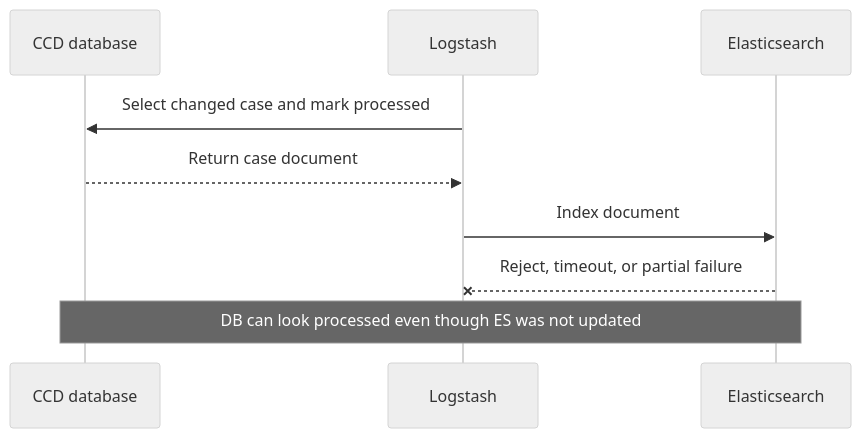
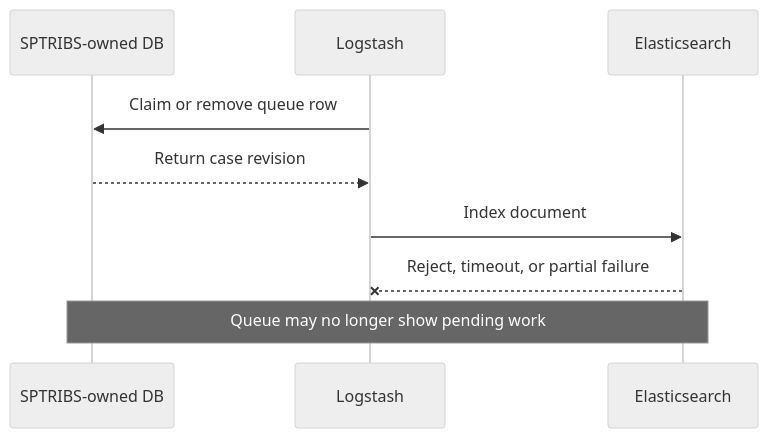
The third of 3 diagrams in docs/es-indexing.md (hmcts/dtsse-ccd-config-generator), drawn with Mermaid (neutral theme) before and after one commit. The commit also changed other lines of this file, not shown here.

````diff
--- a/docs/es-indexing.md
+++ b/docs/es-indexing.md
@@ -134,12 +126,12 @@
 ```mermaid
 sequenceDiagram
-  participant DB as CCD database
+  participant DB as SPTRIBS-owned DB
   participant LS as Logstash
   participant ES as Elasticsearch
 
-  LS->>DB: Select changed case and mark processed
-  DB-->>LS: Return case document
+  LS->>DB: Claim or remove queue row
+  DB-->>LS: Return case revision
   LS->>ES: Index document
   ES--xLS: Reject, timeout, or partial failure
-  Note over DB,ES: DB can look processed even though ES was not updated
+  Note over DB,ES: Queue may no longer show pending work
 ```
````
